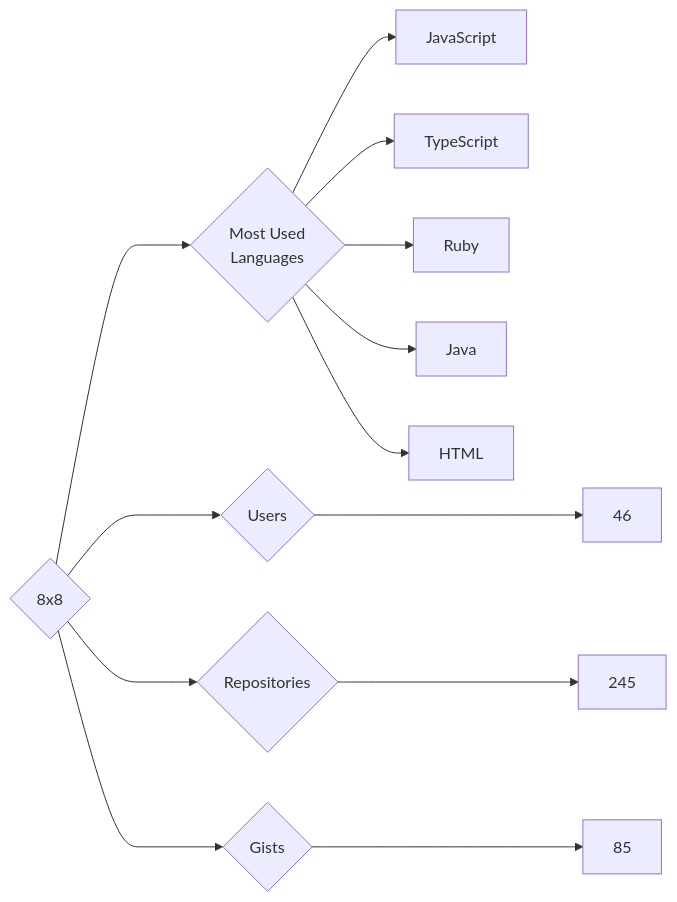
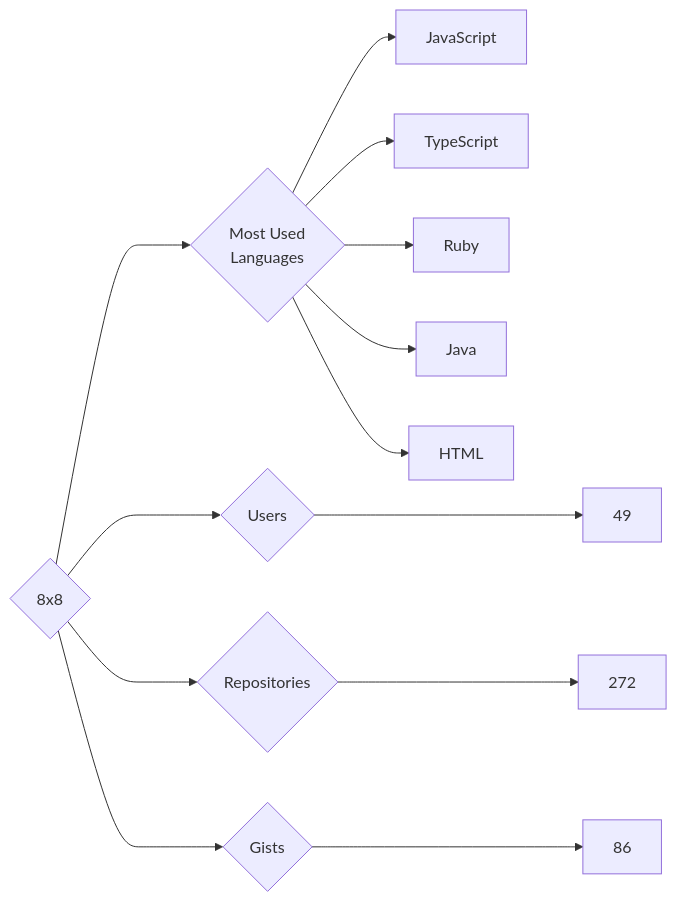
The diagram in targets/8x8/README.md (trickest/insiders), drawn with Mermaid before and after one commit. The commit also changed 699 other files, not shown here.

````diff
--- a/targets/8x8/README.md
+++ b/targets/8x8/README.md
@@ -3,13 +3,13 @@
 ```mermaid
 graph LR
 COMPANY_NAME{8x8}
-COMPANY_NAME ---> U{Users} ---> UN[46]
-COMPANY_NAME ---> R{Repositories} ---> RN[245]
-COMPANY_NAME ---> G{Gists} ---> GN[85]
+COMPANY_NAME ---> U{Users} ---> UN[49]
+COMPANY_NAME ---> R{Repositories} ---> RN[272]
+COMPANY_NAME ---> G{Gists} ---> GN[86]
 COMPANY_NAME ---> ML{Most Used<br>Languages}
 ML --> JavaScript[JavaScript]
 ML --> TypeScript[TypeScript]
 ML --> Ruby[Ruby]
 ML --> Java[Java]
 ML --> HTML[HTML]
 ```
````
